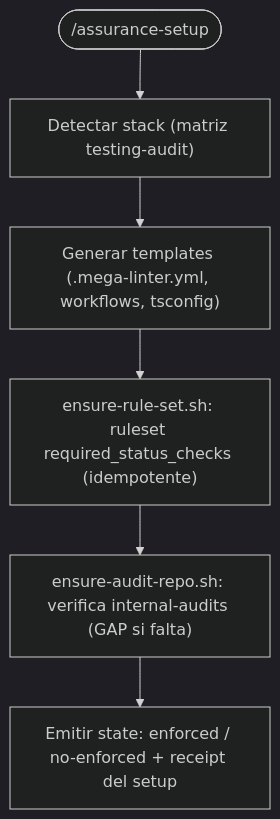
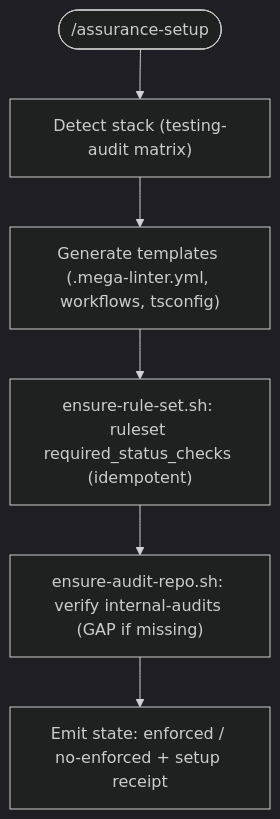
The diagram in toolkits/assurance-toolkit/references/assurance-repo-setup/protocol.md (chimeranext/better-toolkits), drawn with Mermaid (dark theme) before and after one commit. The commit also changed other lines of this file and 29 other files, not shown here.

````diff
--- a/toolkits/assurance-toolkit/references/assurance-repo-setup/protocol.md
+++ b/toolkits/assurance-toolkit/references/assurance-repo-setup/protocol.md
@@ -53,8 +53,8 @@
 ```mermaid
 flowchart TD
-  A(["/assurance-setup <repo>"]) --> B["Detectar stack (matriz testing-audit)"]
-  B --> C["Generar templates (.mega-linter.yml, workflows, tsconfig)"]
-  C --> D["ensure-rule-set.sh: ruleset required_status_checks (idempotente)"]
-  D --> E["ensure-audit-repo.sh: verifica internal-audits (GAP si falta)"]
-  E --> F["Emitir state: enforced / no-enforced + receipt del setup"]
+  A(["/assurance-setup <repo>"]) --> B["Detect stack (testing-audit matrix)"]
+  B --> C["Generate templates (.mega-linter.yml, workflows, tsconfig)"]
+  C --> D["ensure-rule-set.sh: ruleset required_status_checks (idempotent)"]
+  D --> E["ensure-audit-repo.sh: verify internal-audits (GAP if missing)"]
+  E --> F["Emit state: enforced / no-enforced + setup receipt"]
 ```
````
